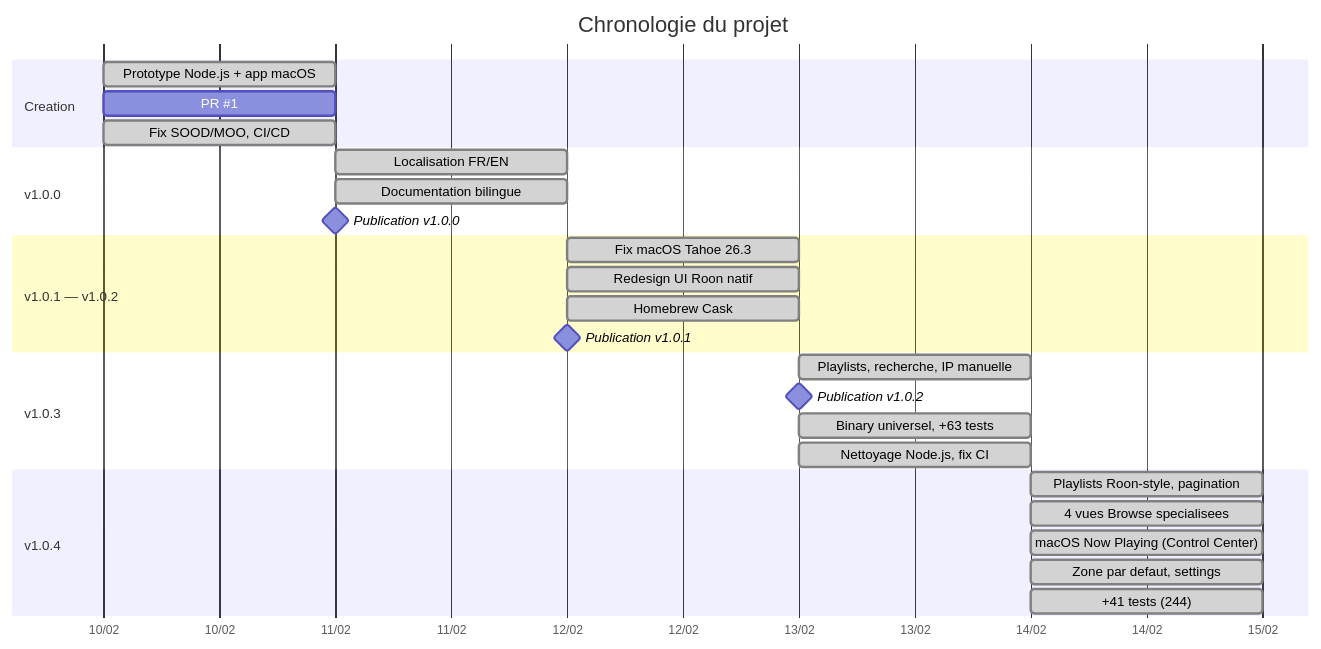
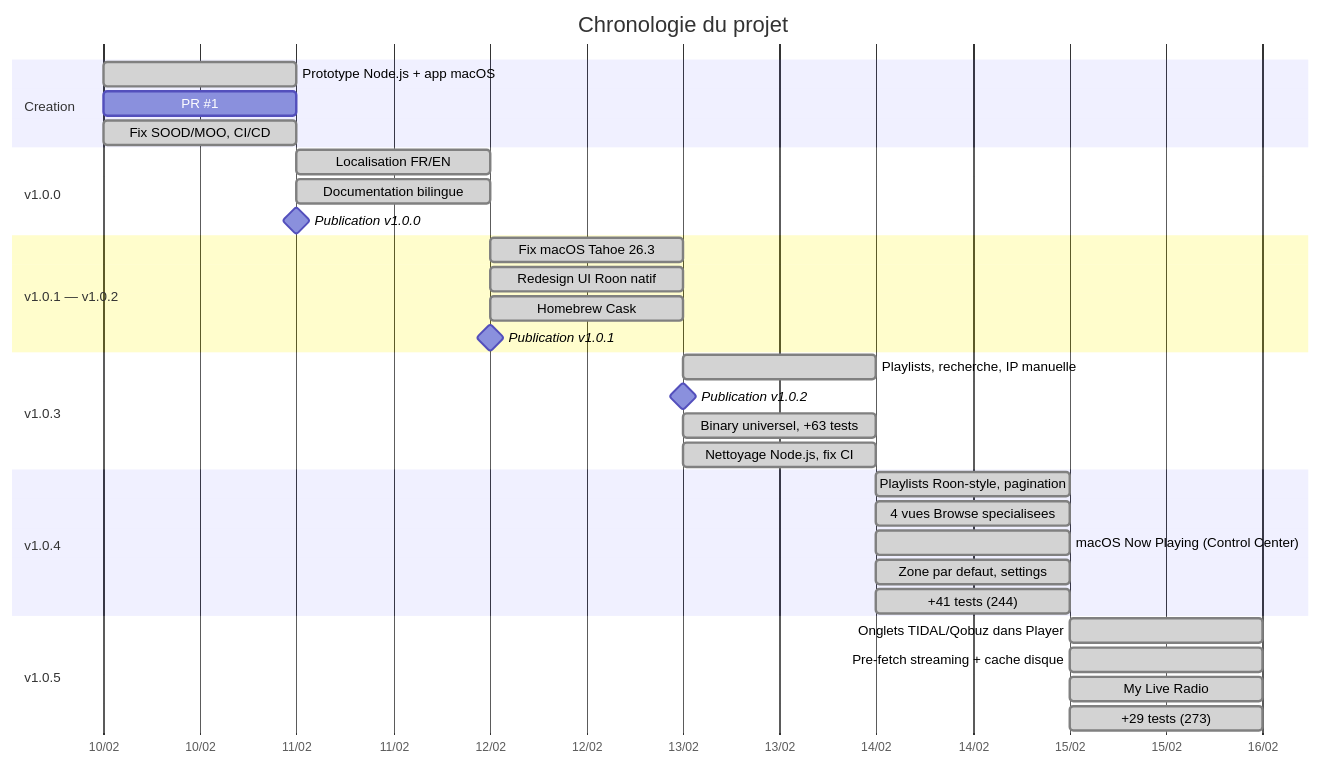
The diagram in docs/PROJECT_JOURNAL.md (renesenses/roon-controller), drawn with Mermaid before and after one commit. The commit also changed other lines of this file and 9 other files, not shown here.

Commit message:
Update docs for v1.0.5: changelog, README, architecture, journal, testing

````diff
--- a/docs/PROJECT_JOURNAL.md
+++ b/docs/PROJECT_JOURNAL.md
@@ -7,35 +7,41 @@
 ```mermaid
 gantt
     title Chronologie du projet
     dateFormat YYYY-MM-DD
     axisFormat %d/%m
 
     section Creation
     Prototype Node.js + app macOS       :done, 2026-02-10, 1d
     PR #1 : Swift natif                 :done, 2026-02-10, 1d
     Fix SOOD/MOO, CI/CD                 :done, 2026-02-10, 1d
 
     section v1.0.0
     Localisation FR/EN                  :done, 2026-02-11, 1d
     Documentation bilingue              :done, 2026-02-11, 1d
     Publication v1.0.0                  :milestone, 2026-02-11, 0d
 
     section v1.0.1 — v1.0.2
     Fix macOS Tahoe 26.3               :done, 2026-02-12, 1d
     Redesign UI Roon natif              :done, 2026-02-12, 1d
     Homebrew Cask                       :done, 2026-02-12, 1d
     Publication v1.0.1                  :milestone, 2026-02-12, 0d
 
     section v1.0.3
     Playlists, recherche, IP manuelle   :done, 2026-02-13, 1d
     Publication v1.0.2                  :milestone, 2026-02-13, 0d
     Binary universel, +63 tests         :done, 2026-02-13, 1d
     Nettoyage Node.js, fix CI           :done, 2026-02-13, 1d
 
     section v1.0.4
     Playlists Roon-style, pagination    :done, 2026-02-14, 1d
     4 vues Browse specialisees          :done, 2026-02-14, 1d
     macOS Now Playing (Control Center)  :done, 2026-02-14, 1d
     Zone par defaut, settings           :done, 2026-02-14, 1d
     +41 tests (244)                     :done, 2026-02-14, 1d
+
+    section v1.0.5
+    Onglets TIDAL/Qobuz dans Player     :done, 2026-02-15, 1d
+    Pre-fetch streaming + cache disque   :done, 2026-02-15, 1d
+    My Live Radio                        :done, 2026-02-15, 1d
+    +29 tests (273)                      :done, 2026-02-15, 1d
 ```
````
